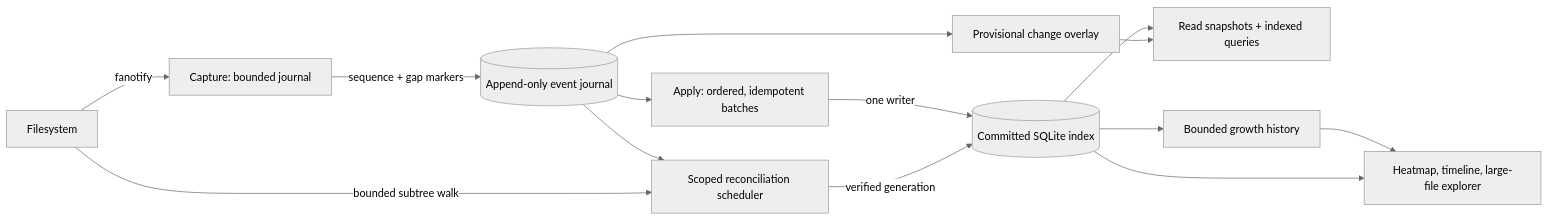
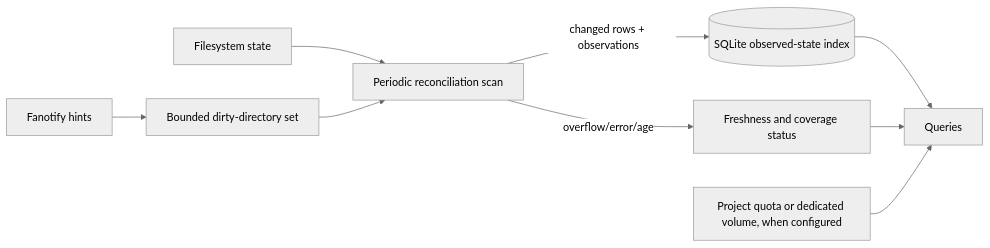
One commit to ftahirops/dux changed the diagram in docs/ARCHITECTURE_EVOLUTION.md. Above: the diagram before and after it, drawn with Mermaid (neutral theme). The commit also changed other lines of this file and 22 other files, not shown here.

````diff
--- a/docs/ARCHITECTURE_EVOLUTION.md
+++ b/docs/ARCHITECTURE_EVOLUTION.md
@@ -33,16 +57,11 @@
 ```mermaid
 flowchart LR
-  FS[Filesystem] -->|fanotify| C[Capture: bounded journal]
-  C -->|sequence + gap markers| J[(Append-only event journal)]
-  J --> A[Apply: ordered, idempotent batches]
-  A -->|one writer| DB[(Committed SQLite index)]
-  J --> P[Provisional change overlay]
-  DB --> Q[Read snapshots + indexed queries]
-  P --> Q
-  J --> R[Scoped reconciliation scheduler]
-  FS -->|bounded subtree walk| R
-  R -->|verified generation| DB
-  DB --> H[Bounded growth history]
-  H --> U[Heatmap, timeline, large-file explorer]
-  DB --> U
+  FS[Filesystem state] --> S[Periodic reconciliation scan]
+  H[Fanotify hints] --> D[Bounded dirty-directory set]
+  D --> S
+  S -->|changed rows + observations| DB[(SQLite observed-state index)]
+  S -->|overflow/error/age| F[Freshness and coverage status]
+  DB --> Q[Queries]
+  F --> Q
+  P[Project quota or dedicated volume, when configured] --> Q
 ```
````
